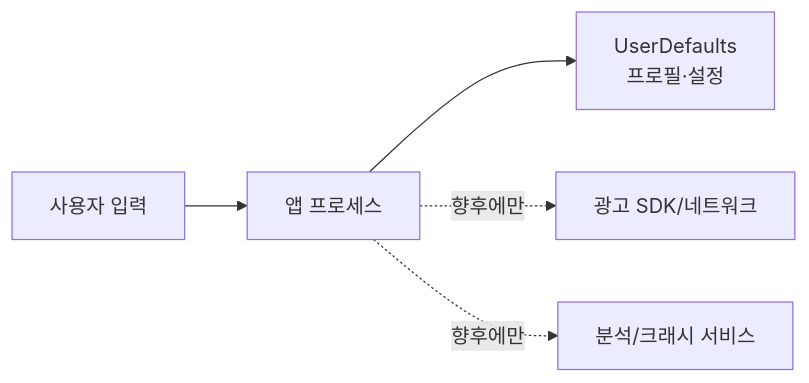
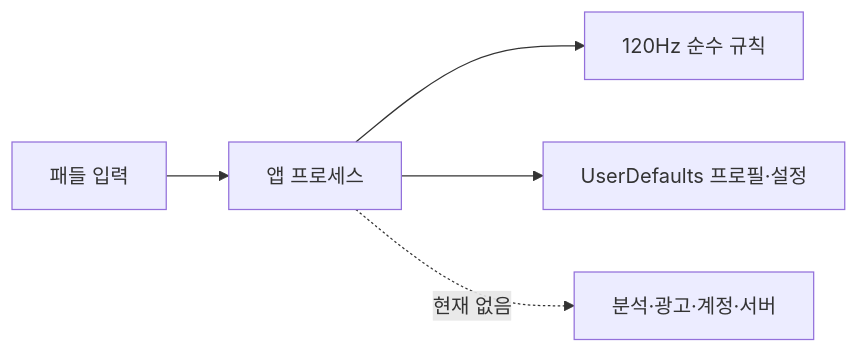
The diagram in docs/06-quality/security-review.md (keestory/kevin_game_01), drawn with Mermaid before and after one commit. The commit also changed other lines of this file and 53 other files, not shown here.

````diff
--- a/docs/06-quality/security-review.md
+++ b/docs/06-quality/security-review.md
@@ -11,7 +9,7 @@
 ```mermaid
 flowchart LR
-    Input["사용자 입력"] --> App["앱 프로세스"]
-    App --> Defaults["UserDefaults\n프로필·설정"]
-    App -. "향후에만" .-> AdSDK["광고 SDK/네트워크"]
-    App -. "향후에만" .-> Analytics["분석/크래시 서비스"]
+    Input["패들 입력"] --> App["앱 프로세스"]
+    App --> Rules["120Hz 순수 규칙"]
+    App --> Defaults["UserDefaults 프로필·설정"]
+    App -. "현재 없음" .-> External["분석·광고·계정·서버"]
 ```
````
